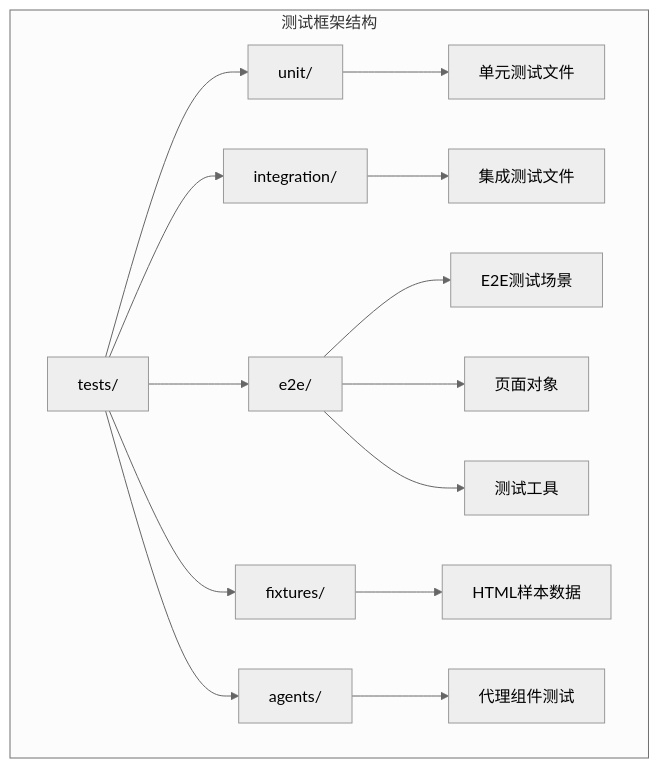
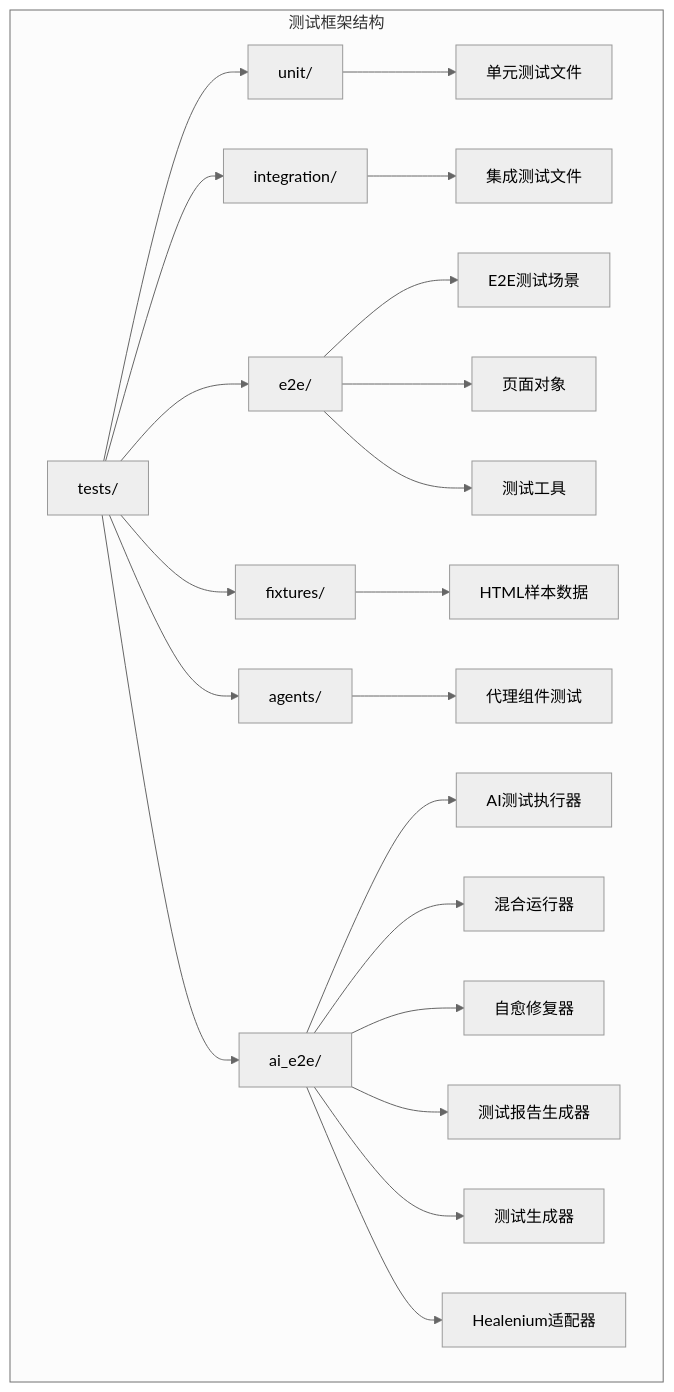
One commit to xfbyxq/ai-novel-system changed the first of 14 diagrams in .qoder/repowiki/zh/content/测试策略/自动化测试框架.md. Above: the diagram before and after it, drawn with Mermaid (neutral theme). The commit also changed other lines of this file and 3 other files, not shown here.

````diff
--- a/.qoder/repowiki/zh/content/测试策略/自动化测试框架.md
+++ b/.qoder/repowiki/zh/content/测试策略/自动化测试框架.md
@@ -43,17 +69,24 @@
 ```mermaid
 graph TB
 subgraph "测试框架结构"
 A[tests/] --> B[unit/]
 A --> C[integration/]
 A --> D[e2e/]
 A --> E[fixtures/]
 A --> F[agents/]
+A --> G[ai_e2e/]
 B --> B1[单元测试文件]
 C --> C1[集成测试文件]
 D --> D1[E2E测试场景]
 D --> D2[页面对象]
 D --> D3[测试工具]
 E --> E1[HTML样本数据]
 F --> F1[代理组件测试]
+G --> G1[AI测试执行器]
+G --> G2[混合运行器]
+G --> G3[自愈修复器]
+G --> G4[测试报告生成器]
+G --> G5[测试生成器]
+G --> G6[Healenium适配器]
 end
 ```
````
